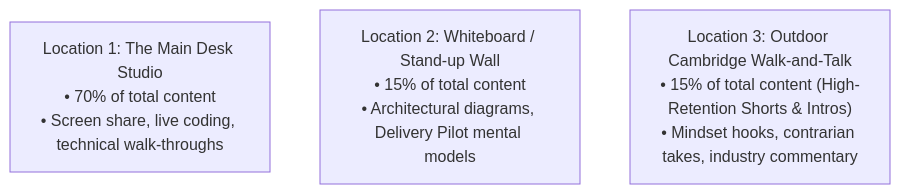
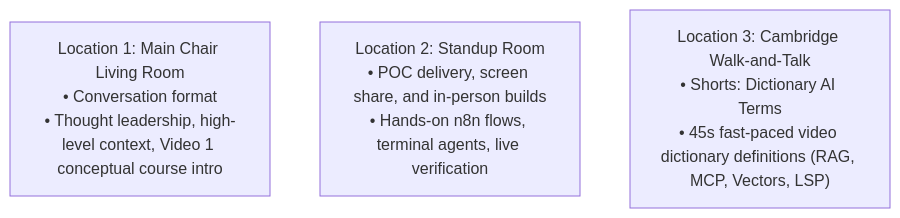
The diagram in production/best-performing-videos-and-shoot-plan.md (rifaterdemsahin/content-calendar), drawn with Mermaid before and after one commit. The commit also changed other lines of this file and 3 other files, not shown here.

Commit message:
feat: add emojis to top menu, update studio locations, and set Coursera 3x5min course format

````diff
--- a/production/best-performing-videos-and-shoot-plan.md
+++ b/production/best-performing-videos-and-shoot-plan.md
@@ -92,6 +95,6 @@
 ```mermaid
 flowchart TD
-    Setup1["Location 1: The Main Desk Studio<br>• 70% of total content<br>• Screen share, live coding, technical walk-throughs"]
-    Setup2["Location 2: Whiteboard / Stand-up Wall<br>• 15% of total content<br>• Architectural diagrams, Delivery Pilot mental models"]
-    Setup3["Location 3: Outdoor Cambridge Walk-and-Talk<br>• 15% of total content (High-Retention Shorts & Intros)<br>• Mindset hooks, contrarian takes, industry commentary"]
+    Setup1["Location 1: Main Chair Living Room<br>• Conversation format<br>• Thought leadership, high-level context, Video 1 conceptual course intro"]
+    Setup2["Location 2: Standup Room<br>• POC delivery, screen share, and in-person builds<br>• Hands-on n8n flows, terminal agents, live verification"]
+    Setup3["Location 3: Cambridge Walk-and-Talk<br>• Shorts: Dictionary AI Terms<br>• 45s fast-paced video dictionary definitions (RAG, MCP, Vectors, LSP)"]
 ```
````
